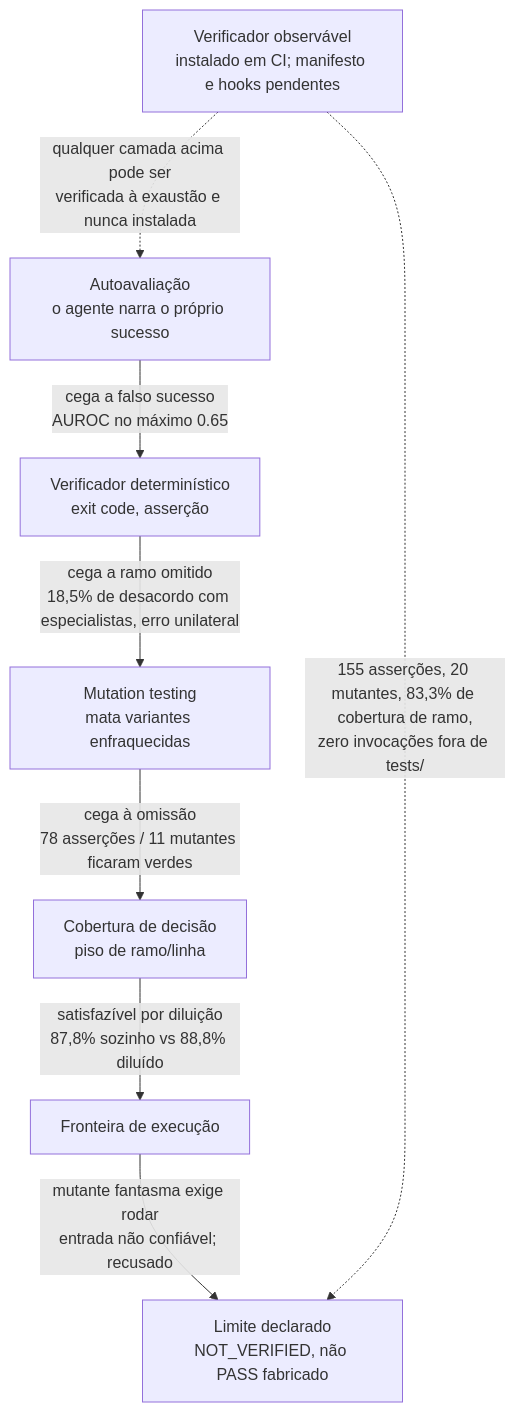
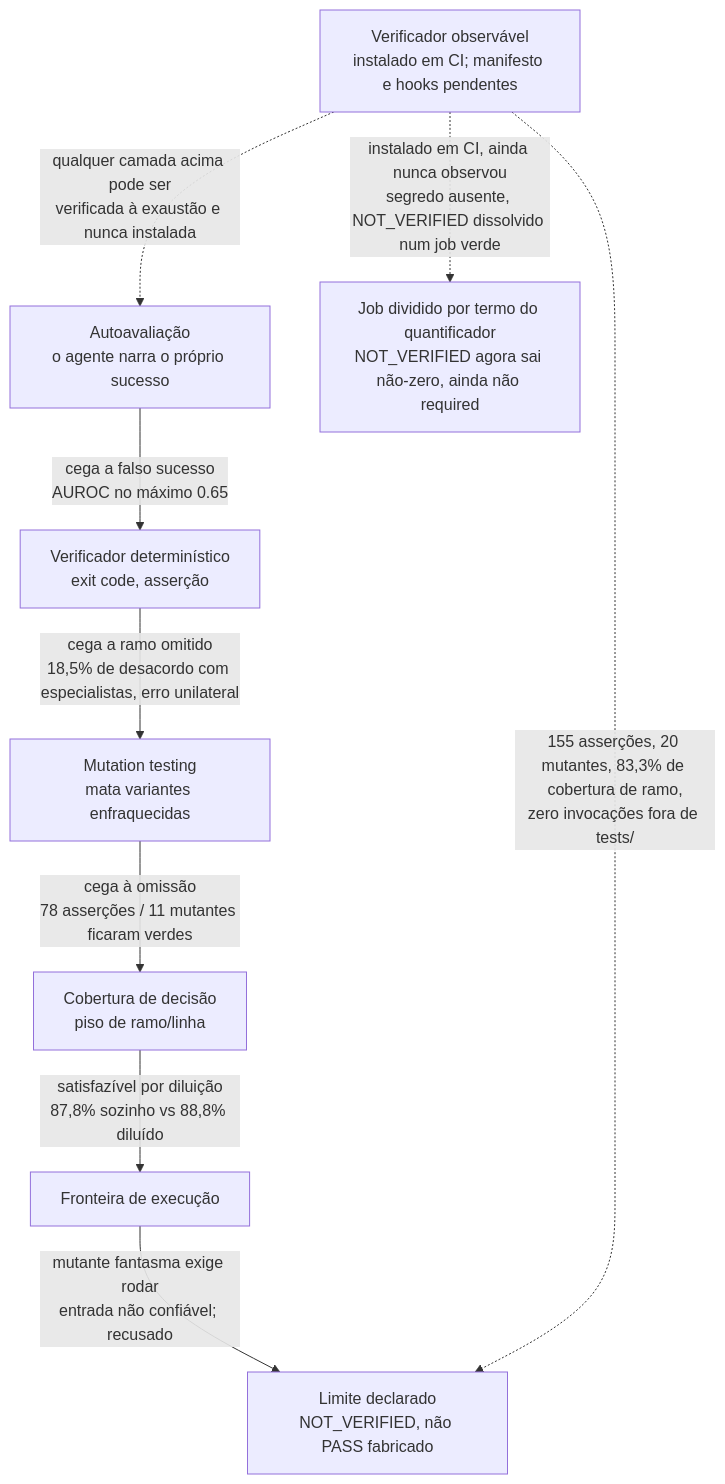
Before and after one commit to MrSchrodingers/tollens: the fourth of 4 diagrams in README.pt-BR.md, drawn with Mermaid. The commit also changed other lines of this file and 7 other files, not shown here.

````diff
--- a/README.pt-BR.md
+++ b/README.pt-BR.md
@@ -1025,11 +1065,12 @@
 ```mermaid
 flowchart TD
     A["Autoavaliação<br/>o agente narra o próprio sucesso"] -->|"cega a falso sucesso<br/>AUROC no máximo 0.65"| B["Verificador determinístico<br/>exit code, asserção"]
     B -->|"cega a ramo omitido<br/>18,5% de desacordo com especialistas, erro unilateral"| C["Mutation testing<br/>mata variantes enfraquecidas"]
     C -->|"cega à omissão<br/>78 asserções / 11 mutantes ficaram verdes"| D["Cobertura de decisão<br/>piso de ramo/linha"]
     D -->|"satisfazível por diluição<br/>87,8% sozinho vs 88,8% diluído"| E["Fronteira de execução"]
     E -->|"mutante fantasma exige rodar<br/>entrada não confiável; recusado"| F["Limite declarado<br/>NOT_VERIFIED, não PASS fabricado"]
 
     G["Verificador observável<br/>instalado em CI; manifesto e hooks pendentes"] -.->|"qualquer camada acima pode ser<br/>verificada à exaustão e nunca instalada"| A
     G -.->|"155 asserções, 20 mutantes, 83,3% de cobertura de ramo,<br/>zero invocações fora de tests/"| F
+    G -.->|"instalado em CI, ainda nunca observou<br/>segredo ausente, NOT_VERIFIED dissolvido num job verde"| H["Job dividido por termo do quantificador<br/>NOT_VERIFIED agora sai não-zero, ainda não required"]
 ```
````
